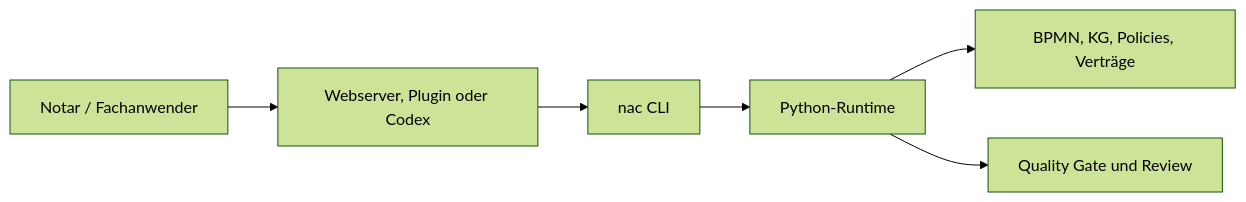
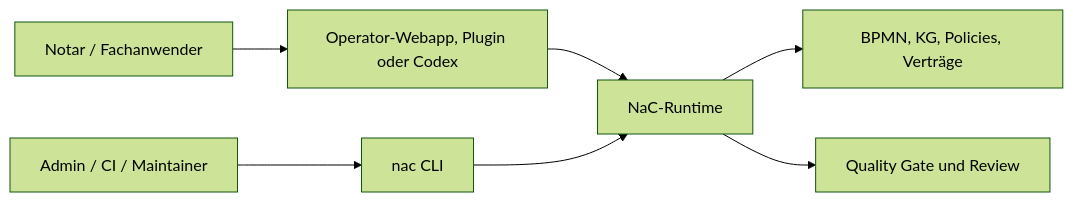
Before and after one commit to notariat8/NaC: the diagram in docs/de/cli.md, drawn with Mermaid (forest theme). The commit also changed other lines of this file and 15 other files, not shown here.

````diff
--- a/docs/de/cli.md
+++ b/docs/de/cli.md
@@ -135,8 +146,9 @@
 ```mermaid
 flowchart LR
-    User["Notar / Fachanwender"] --> UI["Webserver, Plugin oder Codex"]
-    UI --> CLI["nac CLI"]
-    CLI --> Runtime["Python-Runtime"]
+    User["Notar / Fachanwender"] --> UI["Operator-Webapp, Plugin oder Codex"]
+    UI --> Runtime["NaC-Runtime"]
+    Admin["Admin / CI / Maintainer"] --> CLI["nac CLI"]
+    CLI --> Runtime
     Runtime --> Files["BPMN, KG, Policies, Verträge"]
     Runtime --> Gate["Quality Gate und Review"]
 ```
````
